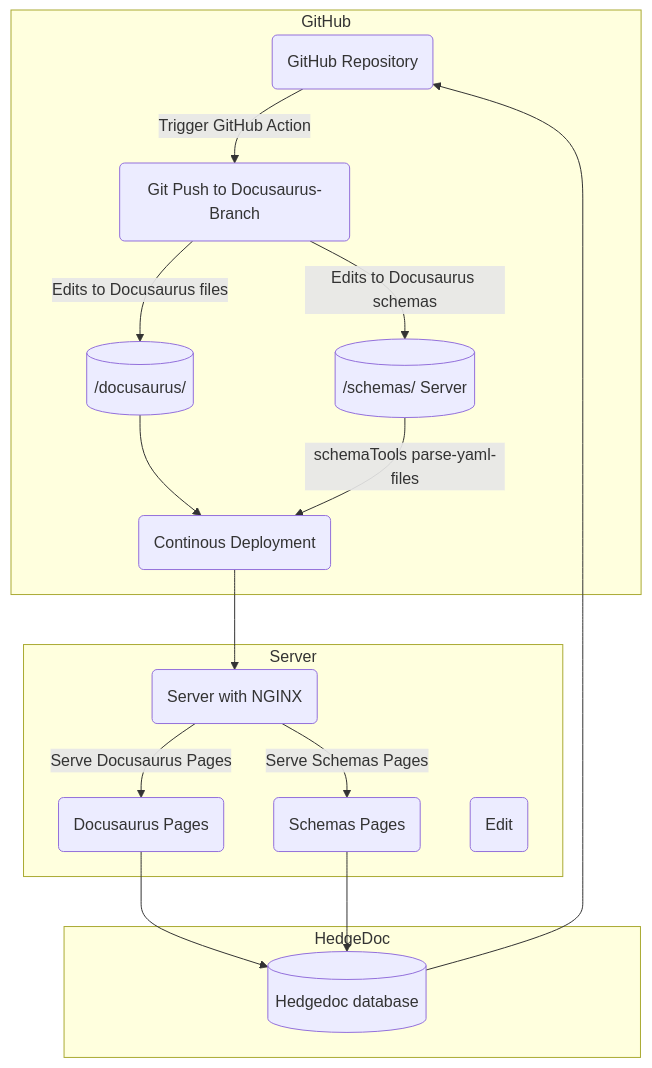
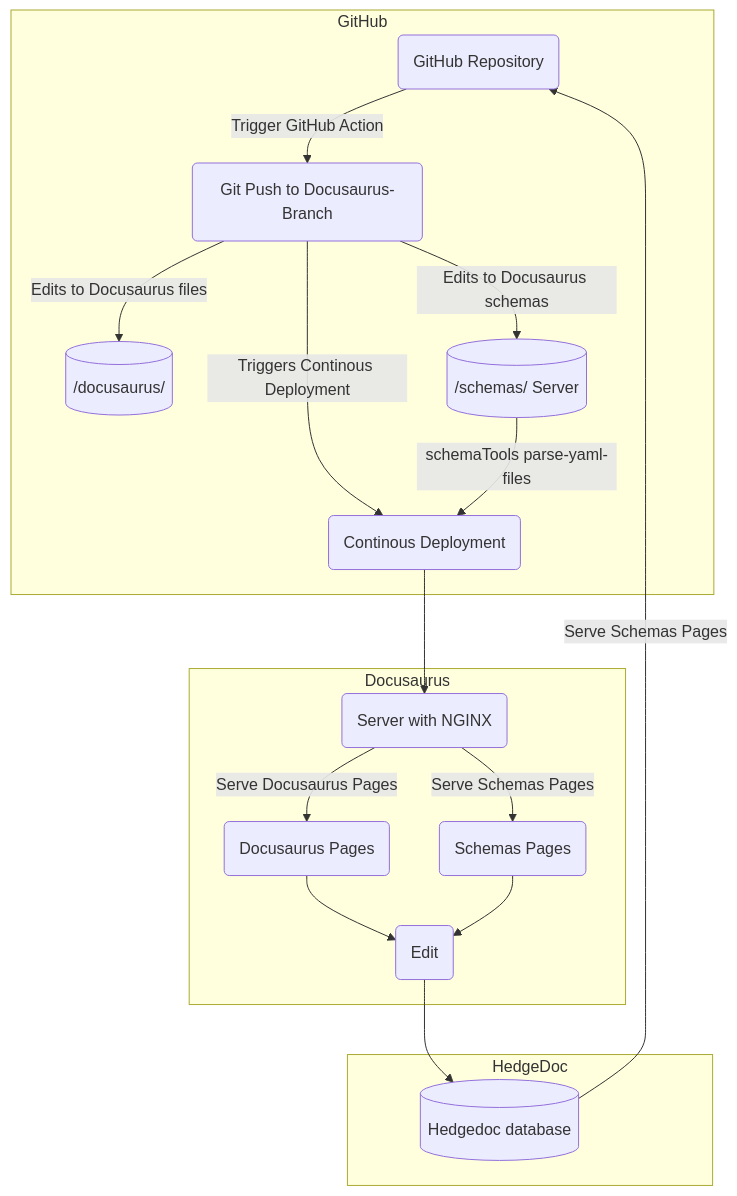
One commit to nqminds/SBOM-GAP changed the diagram in README.md. Above: the diagram before and after it, drawn with Mermaid.

Commit message:
[2024-01-11 10:22:18] Anthony McCaigue: documentation-toolchain

````diff
--- a/README.md
+++ b/README.md
@@ -6,40 +6,41 @@
 ```mermaid
-graph
+graph TD;
 
 %% GitHub
 subgraph GitHub
   ghRepo(GitHub Repository)
   ghAction1(Git Push to Docusaurus-Branch)
   ghAction2(Continous Deployment)
   docusaurusServer[(/docusaurus/)]
   schemasServer[(/schemas/ Server)]
 end
 
 %% Server Hosting Pages using NGINX
-subgraph Server
+subgraph Docusaurus
   nginxServer(Server with NGINX)
   nginxDocusaurus(Docusaurus Pages)
   nginxSchemas(Schemas Pages)
   editPage(Edit)
 end
 
 subgraph HedgeDoc
     hedgedocPages[(Hedgedoc database)]
+end
 
-end
 %% Arrows and Actions
 ghRepo -->|Trigger GitHub Action| ghAction1
 ghAction1 -->|Edits to Docusaurus files| docusaurusServer
 ghAction1 -->|Edits to Docusaurus schemas| schemasServer
-docusaurusServer --> ghAction2
+ghAction1 -->|Triggers Continous Deployment| ghAction2
 schemasServer -->|schemaTools parse-yaml-files| ghAction2
 
 ghAction2 --> nginxServer
 nginxServer -->|Serve Docusaurus Pages| nginxDocusaurus
 nginxServer -->|Serve Schemas Pages| nginxSchemas
 
-nginxDocusaurus --> hedgedocPages
-nginxSchemas --> hedgedocPages
+nginxDocusaurus --> editPage
+nginxSchemas --> editPage
 
-hedgedocPages --> ghRepo
+editPage --> hedgedocPages -->|Serve Schemas Pages| ghRepo
+
 ```
````
